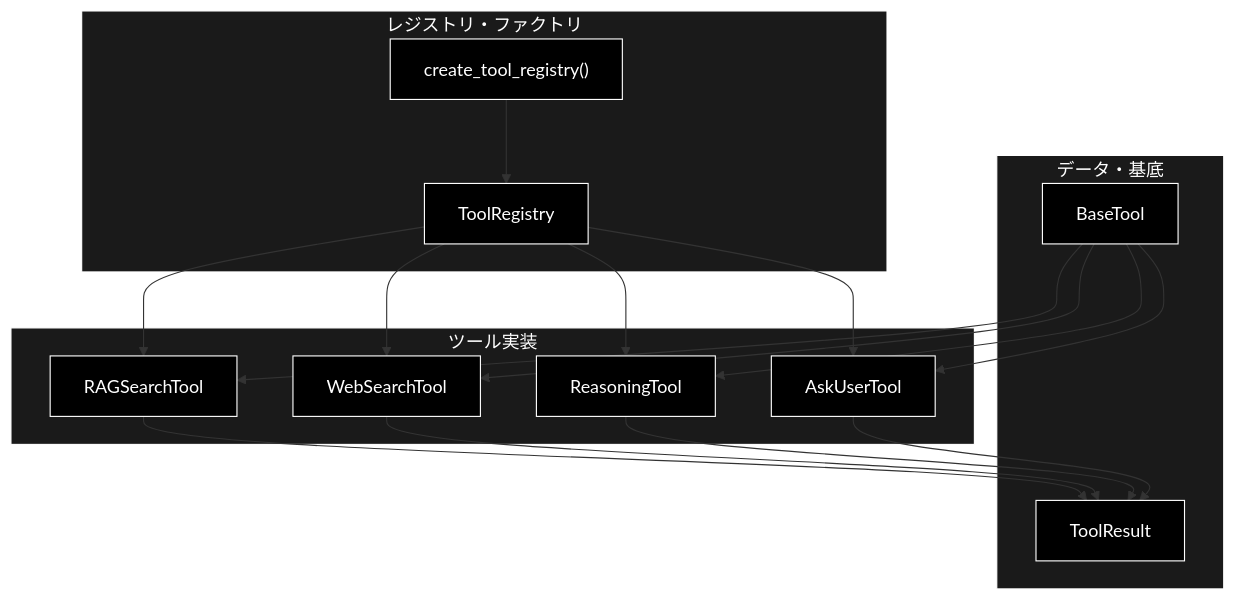
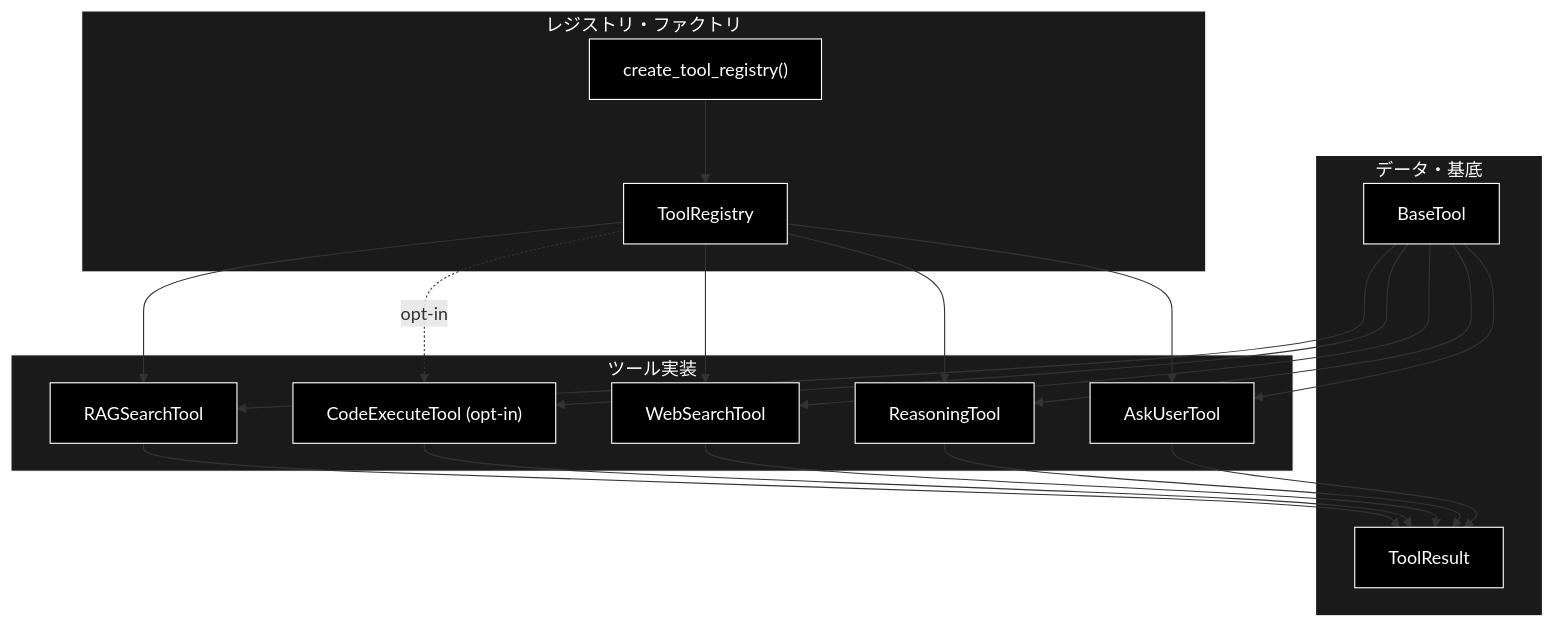
Before and after one commit to nakashima2toshio/grace_v2: the second of 3 diagrams in grace/docs/tools.md, drawn with Mermaid. The commit also changed other lines of this file, not shown here.

First line of the commit message:
docs: tools.md に未記載シンボル 10 件を追加（CodeExecuteTool ほか）

````diff
--- a/grace/docs/tools.md
+++ b/grace/docs/tools.md
@@ -146,39 +154,43 @@
 ```mermaid
 flowchart TB
     subgraph DATA["データ・基底"]
         TR["ToolResult"]
         BT["BaseTool"]
     end
 
     subgraph TOOLS["ツール実装"]
         RAGT["RAGSearchTool"]
         WEBT["WebSearchTool"]
         REASONT["ReasoningTool"]
         ASKT["AskUserTool"]
+        CODET["CodeExecuteTool (opt-in)"]
     end
 
     subgraph REG["レジストリ・ファクトリ"]
         REGC["ToolRegistry"]
         FACT["create_tool_registry()"]
     end
 
     BT --> RAGT
     BT --> WEBT
     BT --> REASONT
     BT --> ASKT
+    BT --> CODET
     RAGT --> TR
+    CODET --> TR
     WEBT --> TR
     REASONT --> TR
     ASKT --> TR
     FACT --> REGC
     REGC --> RAGT
     REGC --> WEBT
     REGC --> REASONT
     REGC --> ASKT
+    REGC -.opt-in.-> CODET
 classDef default fill:#000,stroke:#fff,color:#fff
 classDef subgraphStyle fill:#1a1a1a,stroke:#fff,color:#fff
-class TR,BT,RAGT,WEBT,REASONT,ASKT,REGC,FACT default
+class TR,BT,RAGT,WEBT,REASONT,ASKT,CODET,REGC,FACT default
 style DATA fill:#1a1a1a,stroke:#fff,color:#fff
 style TOOLS fill:#1a1a1a,stroke:#fff,color:#fff
 style REG fill:#1a1a1a,stroke:#fff,color:#fff
 ```
````
